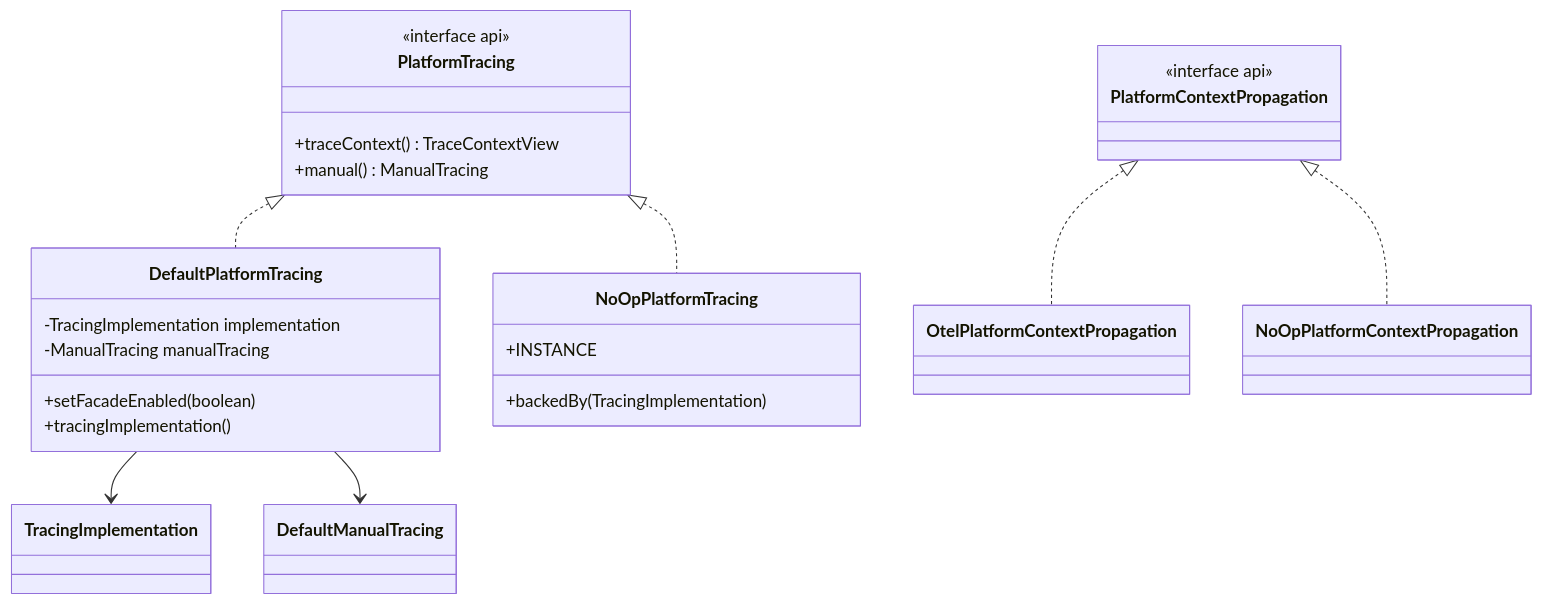
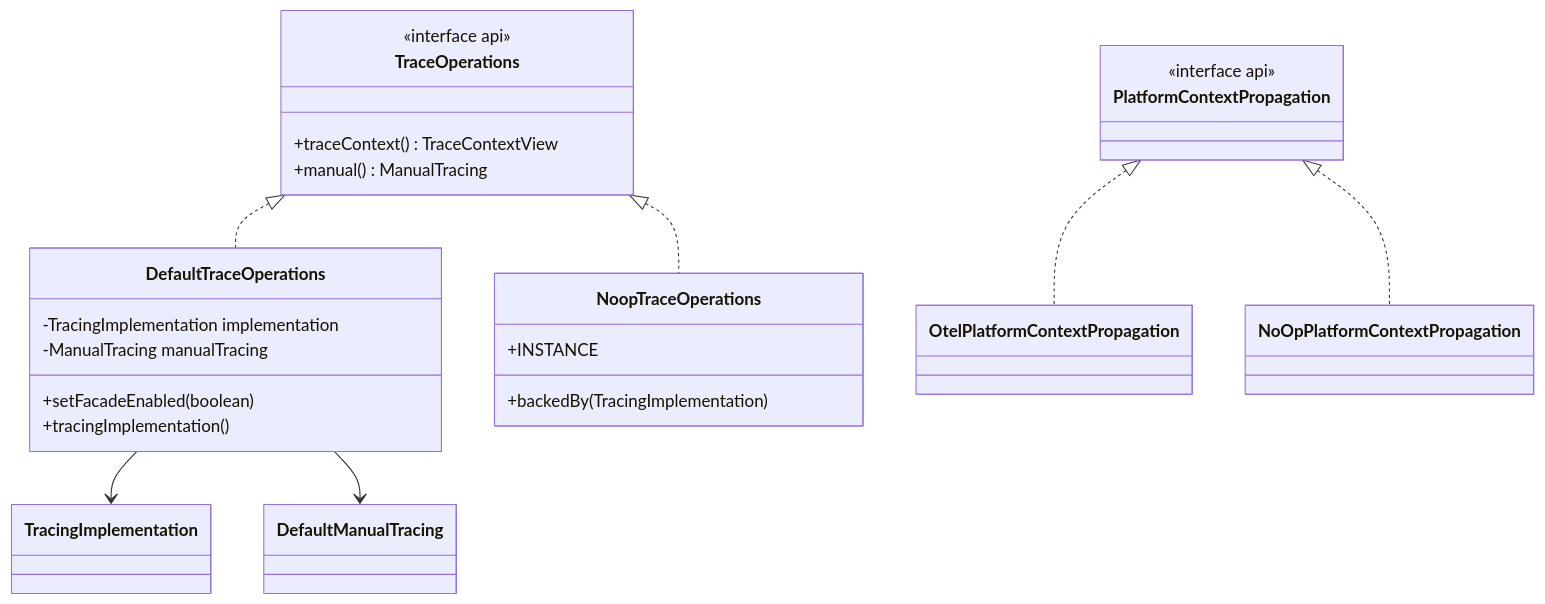
Before and after one commit to andrew3008/EnglishDictionary: the first of 6 diagrams in docs/analysis/platform-tracing-core-architecture-inventory.md, drawn with Mermaid. The commit also changed other lines of this file and 146 other files, not shown here.

Commit message:
refactor(api): rename root tracing facade to TraceOperations

````diff
--- a/docs/analysis/platform-tracing-core-architecture-inventory.md
+++ b/docs/analysis/platform-tracing-core-architecture-inventory.md
@@ -106,30 +106,30 @@
 ```mermaid
 classDiagram
-    class PlatformTracing {
+    class TraceOperations {
         <<interface api>>
         +traceContext() TraceContextView
         +manual() ManualTracing
     }
-    class DefaultPlatformTracing {
+    class DefaultTraceOperations {
         -TracingImplementation implementation
         -ManualTracing manualTracing
         +setFacadeEnabled(boolean)
         +tracingImplementation()
     }
-    class NoOpPlatformTracing {
+    class NoopTraceOperations {
         +INSTANCE
         +backedBy(TracingImplementation)
     }
     class PlatformContextPropagation {
         <<interface api>>
     }
     class OtelPlatformContextPropagation
     class NoOpPlatformContextPropagation
 
-    PlatformTracing <|.. DefaultPlatformTracing
-    PlatformTracing <|.. NoOpPlatformTracing
+    TraceOperations <|.. DefaultTraceOperations
+    TraceOperations <|.. NoopTraceOperations
     PlatformContextPropagation <|.. OtelPlatformContextPropagation
     PlatformContextPropagation <|.. NoOpPlatformContextPropagation
-    DefaultPlatformTracing --> TracingImplementation
-    DefaultPlatformTracing --> DefaultManualTracing
+    DefaultTraceOperations --> TracingImplementation
+    DefaultTraceOperations --> DefaultManualTracing
 ```
````
